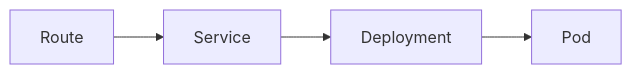
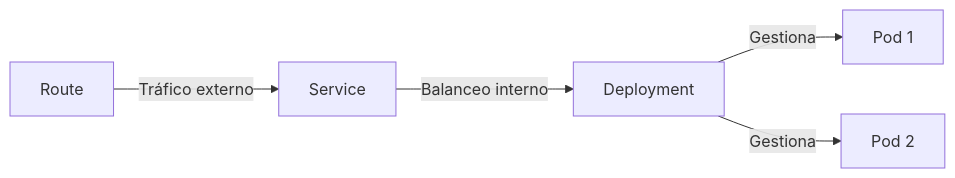
Before and after one commit to ieftraining/curso-openshift: the fifth of 7 diagrams in docs/sesion1/1.6 Consola web.md, drawn with Mermaid. The commit also changed other lines of this file, not shown here.

````diff
--- a/docs/sesion1/1.6 Consola web.md
+++ b/docs/sesion1/1.6 Consola web.md
@@ -124,7 +145,7 @@
 ```mermaid
 flowchart LR
-    R[Route]
-    --> S[Service]
-    --> D[Deployment]
-    --> P[Pod]
+    R[Route] -->|Tráfico externo| S[Service]
+    S -->|Balanceo interno| D[Deployment]
+    D -->|Gestiona| P1[Pod 1]
+    D -->|Gestiona| P2[Pod 2]
 ```
````
